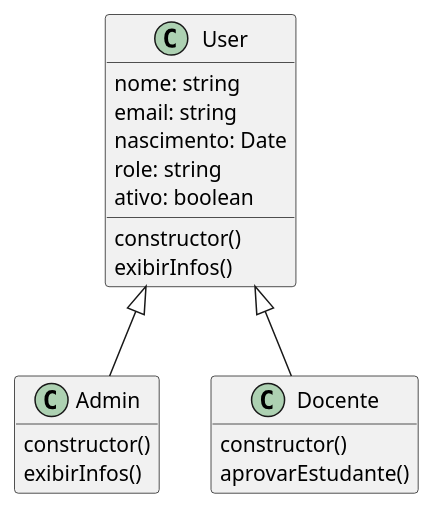
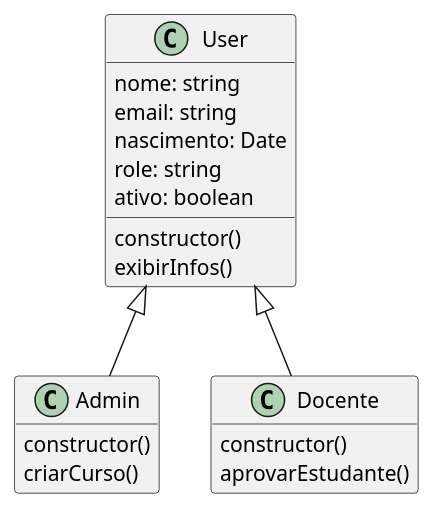
Before and after one commit to danilok/formacao-js-para-backend: the diagram in JS7/projeto.wsd, drawn with PlantUML. The commit also changed 5 other files, not shown here.

```diff
--- a/JS7/projeto.wsd
+++ b/JS7/projeto.wsd
@@ -1,28 +1,28 @@
 @startuml Modelo
 class User {
   nome: string
   email: string
   nascimento: Date
   role: string
   ativo: boolean
   constructor()
   exibirInfos()
 }
 
 class Admin {
   constructor()
-  exibirInfos()
+  criarCurso()
 }
 
 class Docente {
   constructor()
   aprovarEstudante()
 }
 
 hide Admin fields
 hide Docente fields
 
 User <|-- Admin
 User <|-- Docente
 
 @enduml
```
